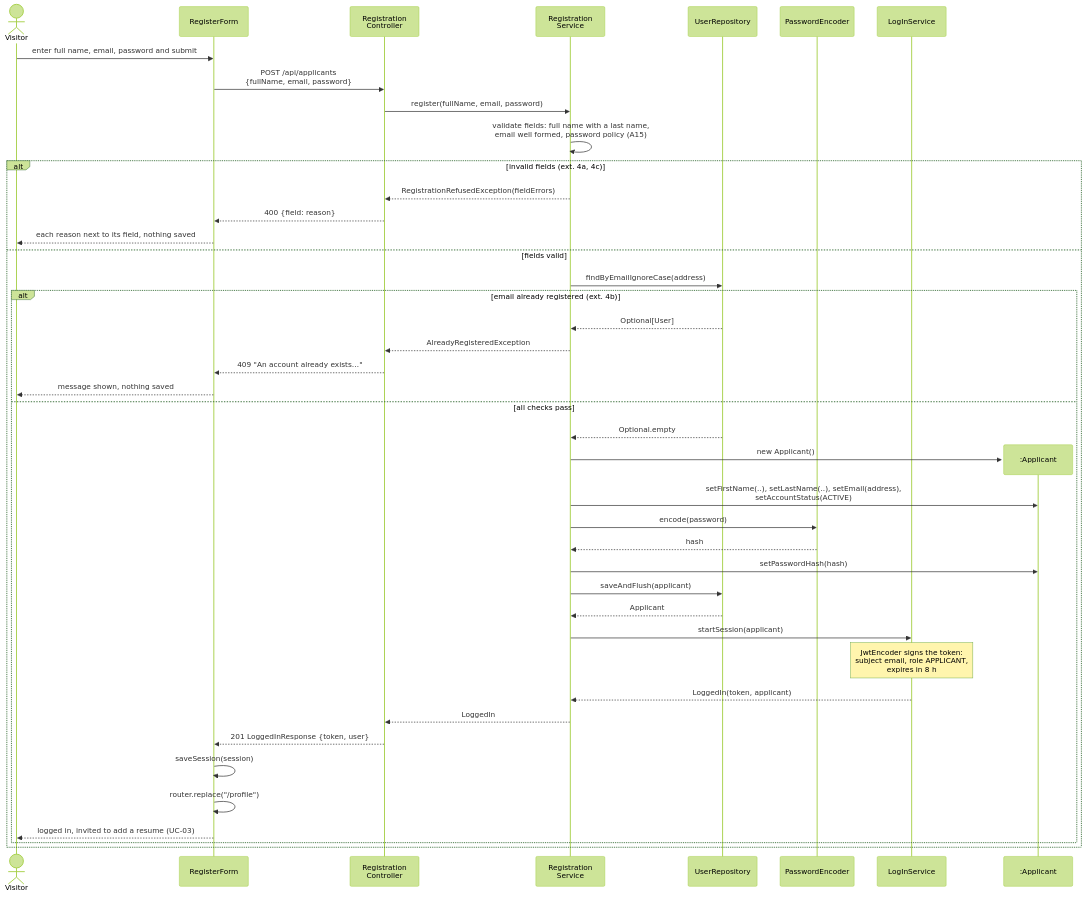
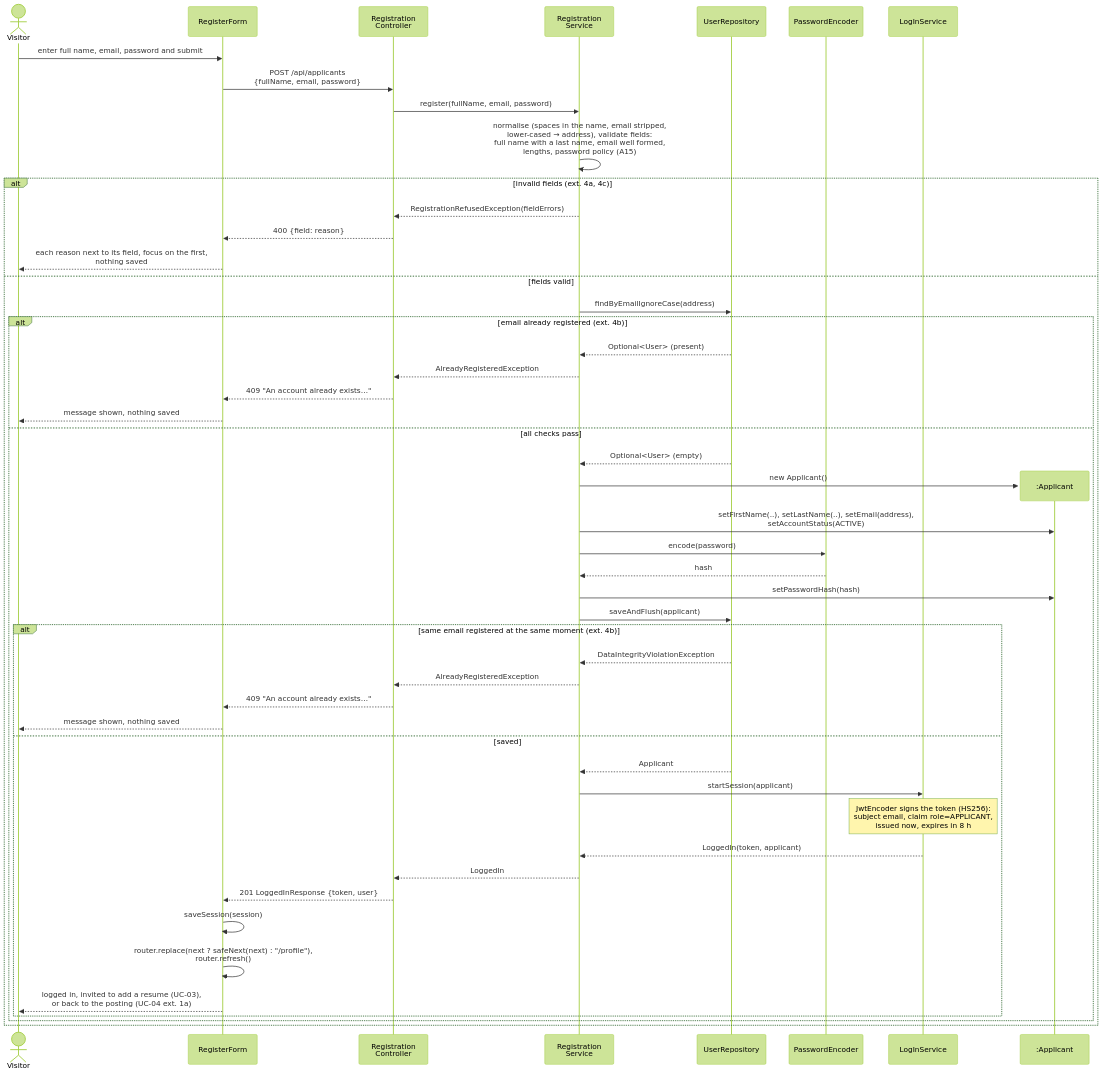
One commit to berdyshevol/careerbridge-csi5324 changed the second of 2 diagrams in spec/design.md. Above: the diagram before and after it, drawn with Mermaid (forest theme). The commit also changed other lines of this file and 1 other file, not shown here.

````diff
--- a/spec/design.md
+++ b/spec/design.md
@@ -65,47 +88,54 @@
 ```mermaid
 sequenceDiagram
     actor V as Visitor
     participant RF as RegisterForm
     participant RC as Registration<br/>Controller
     participant RS as Registration<br/>Service
     participant UR as UserRepository
     participant PE as PasswordEncoder
     participant LS as LogInService
 
     V->>RF: enter full name, email, password and submit
     RF->>RC: POST /api/applicants<br/>{fullName, email, password}
     RC->>RS: register(fullName, email, password)
-    RS->>RS: validate fields: full name with a last name,<br/>email well formed, password policy (A15)
+    RS->>RS: normalise (spaces in the name, email stripped,<br/>lower-cased → address), validate fields:<br/>full name with a last name, email well formed,<br/>lengths, password policy (A15)
 
     alt invalid fields (ext. 4a, 4c)
         RS-->>RC: RegistrationRefusedException(fieldErrors)
         RC-->>RF: 400 {field: reason}
-        RF-->>V: each reason next to its field, nothing saved
+        RF-->>V: each reason next to its field, focus on the first,<br/>nothing saved
     else fields valid
         RS->>UR: findByEmailIgnoreCase(address)
         alt email already registered (ext. 4b)
-            UR-->>RS: Optional[User]
+            UR-->>RS: Optional<User> (present)
             RS-->>RC: AlreadyRegisteredException
             RC-->>RF: 409 "An account already exists…"
             RF-->>V: message shown, nothing saved
         else all checks pass
-            UR-->>RS: Optional.empty
+            UR-->>RS: Optional<User> (empty)
             create participant A as :Applicant
             RS->>A: new Applicant()
             RS->>A: setFirstName(..), setLastName(..), setEmail(address),<br/>setAccountStatus(ACTIVE)
             RS->>PE: encode(password)
             PE-->>RS: hash
             RS->>A: setPasswordHash(hash)
             RS->>UR: saveAndFlush(applicant)
-            UR-->>RS: Applicant
-            RS->>LS: startSession(applicant)
-            Note over LS: JwtEncoder signs the token:<br/>subject email, role APPLICANT,<br/>expires in 8 h
-            LS-->>RS: LoggedIn(token, applicant)
-            RS-->>RC: LoggedIn
-            RC-->>RF: 201 LoggedInResponse {token, user}
-            RF->>RF: saveSession(session)
-            RF->>RF: router.replace("/profile")
-            RF-->>V: logged in, invited to add a resume (UC-03)
+            alt same email registered at the same moment (ext. 4b)
+                UR-->>RS: DataIntegrityViolationException
+                RS-->>RC: AlreadyRegisteredException
+                RC-->>RF: 409 "An account already exists…"
+                RF-->>V: message shown, nothing saved
+            else saved
+                UR-->>RS: Applicant
+                RS->>LS: startSession(applicant)
+                Note over LS: JwtEncoder signs the token (HS256):<br/>subject email, claim role=APPLICANT,<br/>issued now, expires in 8 h
+                LS-->>RS: LoggedIn(token, applicant)
+                RS-->>RC: LoggedIn
+                RC-->>RF: 201 LoggedInResponse {token, user}
+                RF->>RF: saveSession(session)
+                RF->>RF: router.replace(next ? safeNext(next) : "/profile"),<br/>router.refresh()
+                RF-->>V: logged in, invited to add a resume (UC-03),<br/>or back to the posting (UC-04 ext. 1a)
+            end
         end
     end
 ```
````
